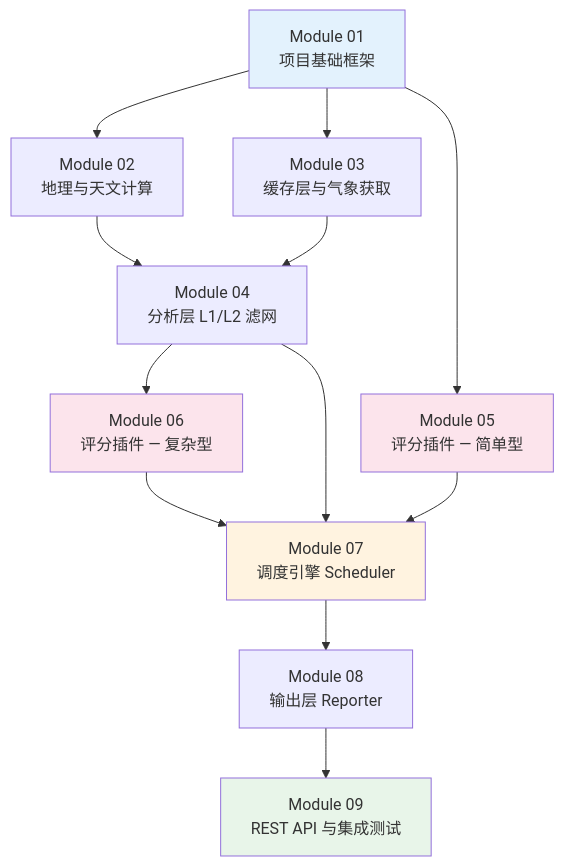
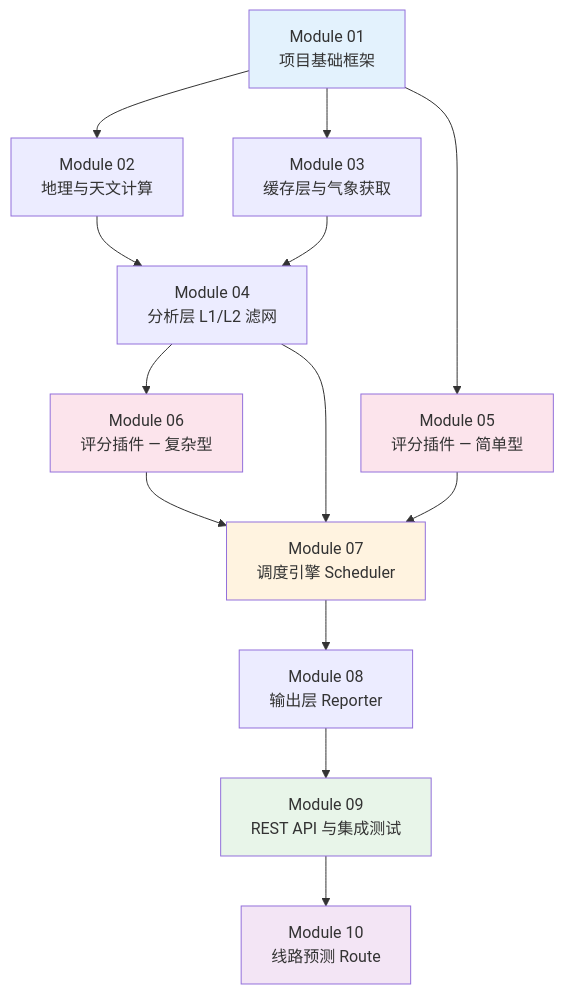
The diagram in implementation-plans/README.md (mpb159753/golden-moment-predictor), drawn with Mermaid before and after one commit. The commit also changed other lines of this file and 9 other files, not shown here.

````diff
--- a/implementation-plans/README.md
+++ b/implementation-plans/README.md
@@ -7,20 +7,22 @@
 ```mermaid
 flowchart TB
     M01["Module 01<br/>项目基础框架"] --> M02["Module 02<br/>地理与天文计算"]
     M01 --> M03["Module 03<br/>缓存层与气象获取"]
     M02 --> M04["Module 04<br/>分析层 L1/L2 滤网"]
     M03 --> M04
     M01 --> M05["Module 05<br/>评分插件 — 简单型"]
     M04 --> M06["Module 06<br/>评分插件 — 复杂型"]
     M04 --> M07["Module 07<br/>调度引擎 Scheduler"]
     M05 --> M07
     M06 --> M07
     M07 --> M08["Module 08<br/>输出层 Reporter"]
     M08 --> M09["Module 09<br/>REST API 与集成测试"]
+    M09 --> M10["Module 10<br/>线路预测 Route"]
 
     style M01 fill:#e3f2fd
     style M05 fill:#fce4ec
     style M06 fill:#fce4ec
     style M07 fill:#fff3e0
     style M09 fill:#e8f5e9
+    style M10 fill:#f3e5f5
 ```
````
